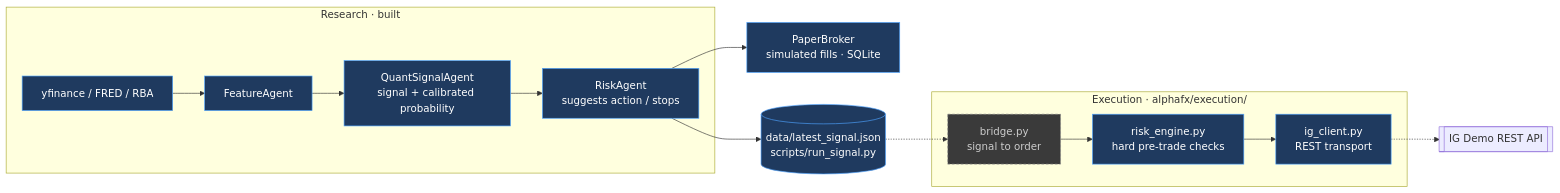
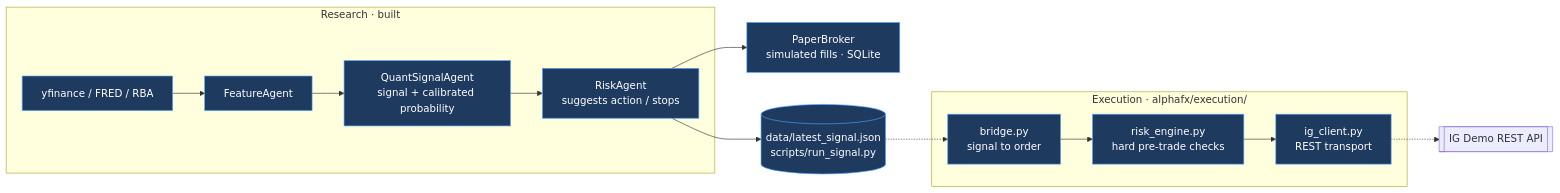
The first of 4 diagrams in docs/execution-flow.md (lvyongyu/AlphaFX), drawn with Mermaid before and after one commit. The commit also changed other lines of this file and 8 other files, not shown here.

````diff
--- a/docs/execution-flow.md
+++ b/docs/execution-flow.md
@@ -15,26 +16,25 @@
 ```mermaid
 flowchart LR
     subgraph RESEARCH["Research · built"]
         DATA[yfinance / FRED / RBA] --> FEAT[FeatureAgent]
         FEAT --> QS[QuantSignalAgent<br/>signal + calibrated probability]
         QS --> RISK[RiskAgent<br/>suggests action / stops]
     end
 
     RISK --> PAPER[PaperBroker<br/>simulated fills · SQLite]
     RISK --> JSON[(data/latest_signal.json<br/>scripts/run_signal.py)]
 
     subgraph EXEC["Execution · alphafx/execution/"]
         BRIDGE[bridge.py<br/>signal to order]
         RE[risk_engine.py<br/>hard pre-trade checks]
         IGC[ig_client.py<br/>REST transport]
         BRIDGE --> RE --> IGC
     end
 
     JSON -.-> BRIDGE
     IGC -.-> IG[[IG Demo REST API]]
 
     classDef built fill:#1f3a5f,stroke:#4da3ff,color:#fff;
     classDef todo fill:#3a3a3a,stroke:#888,color:#ccc,stroke-dasharray:4 3;
-    class DATA,FEAT,QS,RISK,PAPER,JSON,IGC,RE built;
-    class BRIDGE todo;
+    class DATA,FEAT,QS,RISK,PAPER,JSON,IGC,RE,BRIDGE built;
 ```
````
